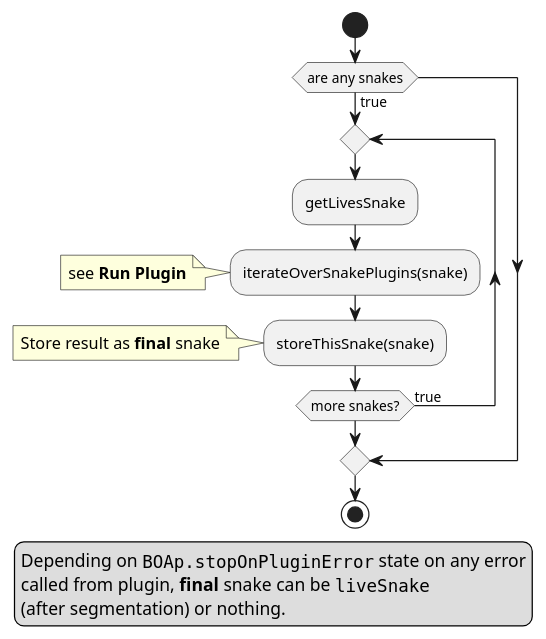
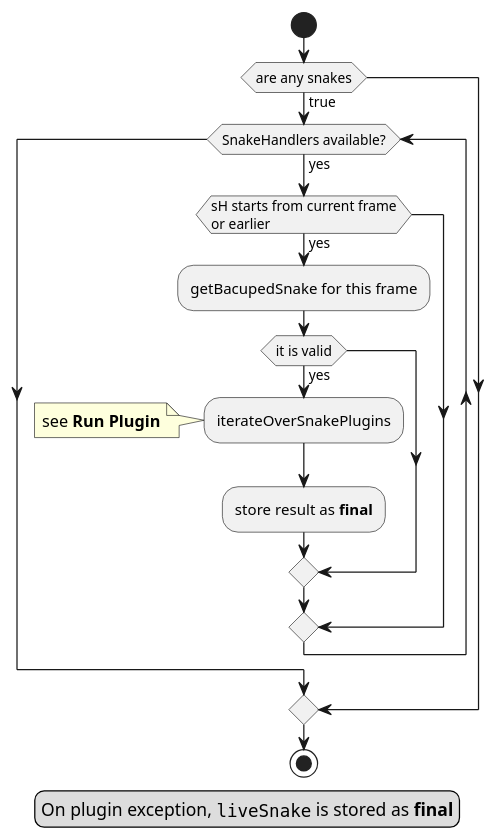
The seventh of 7 diagrams in Doxygen_doc/SnakePlugin.md (CellDynamics/QuimP), drawn with PlantUML before and after one commit. The commit also changed other lines of this file and 1 other file, not shown here.

Commit message:
Removed exception action for plugins, revised dos

```diff
--- a/Doxygen_doc/SnakePlugin.md
+++ b/Doxygen_doc/SnakePlugin.md
@@ -359,18 +363,19 @@
 @startuml
 start
 if (are any snakes) then (true)
-repeat
-    :getLivesSnake;
-    :iterateOverSnakePlugins(snake);
-    note left: see **Run Plugin**
-    :storeThisSnake(snake);
-    note left: Store result as **final** snake
-repeat while (more snakes?) is (true)
+while (SnakeHandlers available?) is (yes)
+    if (sH starts from current frame\nor earlier) then (yes)
+    :getBacupedSnake for this frame;
+    if (it is valid) then (yes)
+        :iterateOverSnakePlugins;
+        note left: see **Run Plugin**
+        :store result as **final**;
+    endif
+    endif
+end while
 endif
 stop
 legend
-Depending on ""BOAp.stopOnPluginError"" state on any error
-called from plugin, **final** snake can be ""liveSnake"" 
-(after segmentation) or nothing.
+On plugin exception, ""liveSnake"" is stored as **final**
 end legend
 @enduml
```
